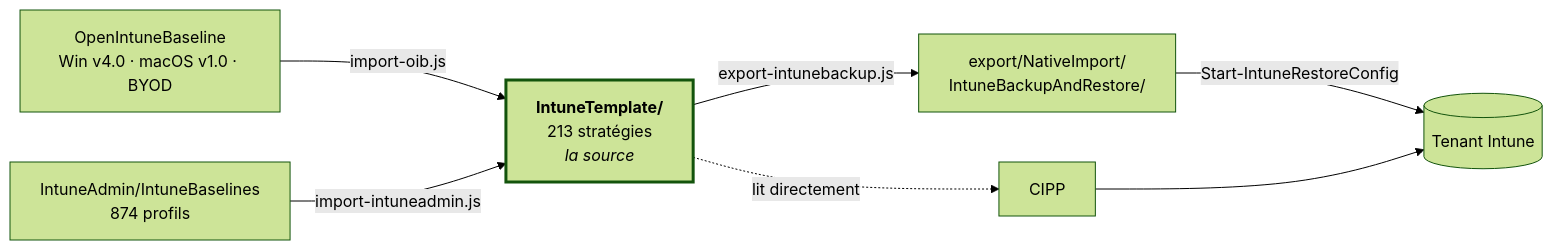
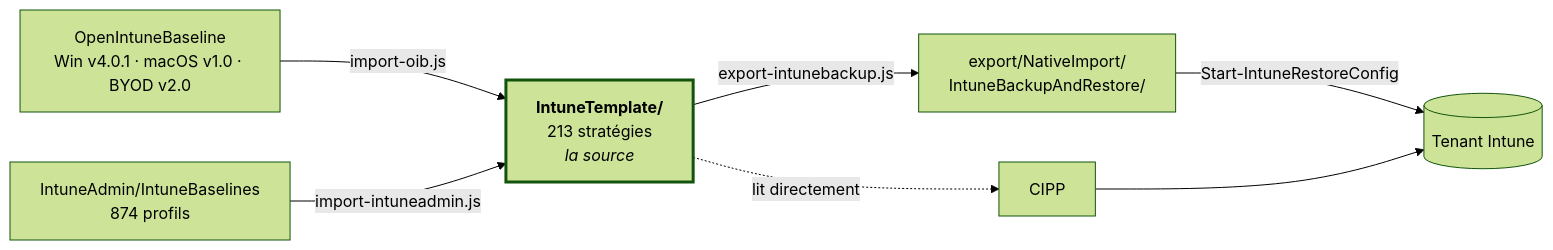
One commit to sjkanon/IntuneBackup changed the diagram in README.fr.md. Above: the diagram before and after it, drawn with Mermaid (forest theme). The commit also changed other lines of this file and 28 other files, not shown here.

First line of the commit message:
OIB Windows v4.0.1 en BYOD v2.0

````diff
--- a/README.fr.md
+++ b/README.fr.md
@@ -20,17 +20,17 @@
 ```mermaid
 flowchart LR
-  OIB["OpenIntuneBaseline<br/>Win v4.0 · macOS v1.0 · BYOD"]
+  OIB["OpenIntuneBaseline<br/>Win v4.0.1 · macOS v1.0 · BYOD v2.0"]
   T["<b>IntuneTemplate/</b><br/>213 stratégies<br/><i>la source</i>"]
   EX["export/NativeImport/<br/>IntuneBackupAndRestore/"]
   TENANT[("Tenant Intune")]
 
   OIB -->|import-oib.js| T
   T -->|export-intunebackup.js| EX
   T -.->|lit directement| CIPP[CIPP]
   EX -->|Start-IntuneRestoreConfig| TENANT
   CIPP --> TENANT
 
   IA["IntuneAdmin/IntuneBaselines<br/>874 profils"] -->|import-intuneadmin.js| T
 
   style T stroke-width:3px
 ```
````
